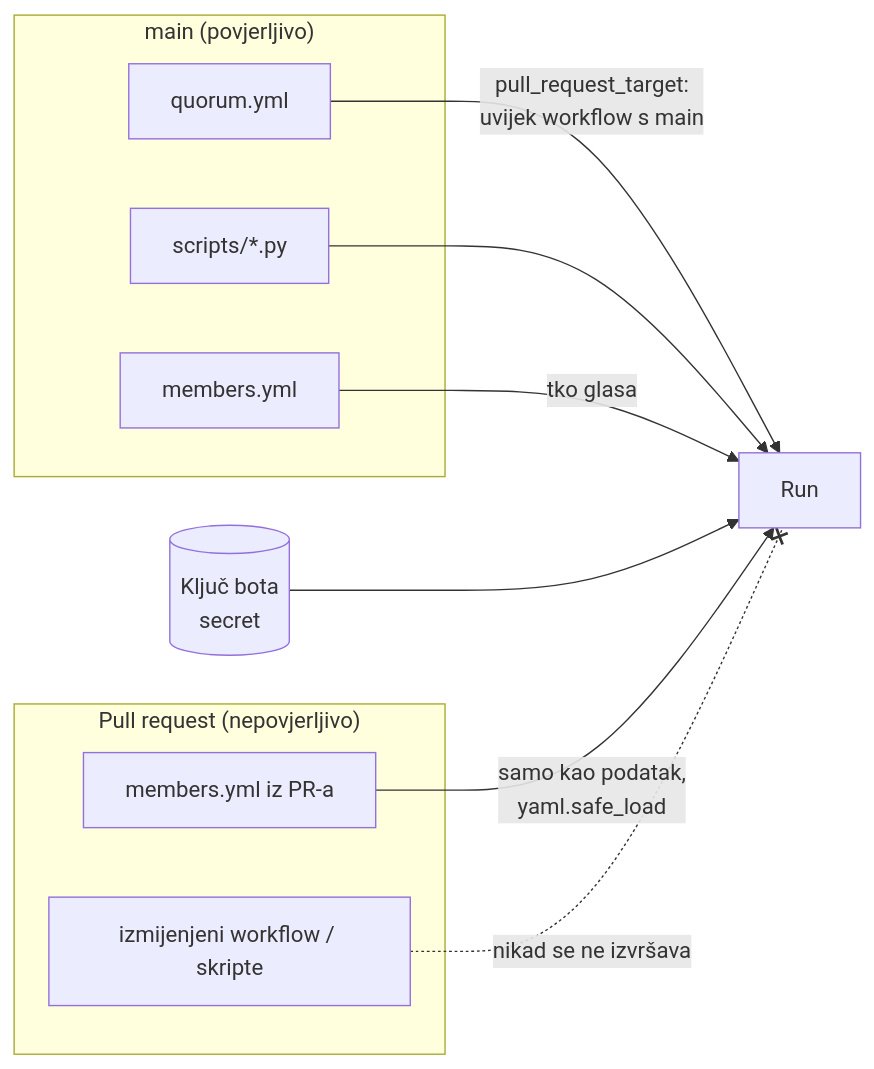
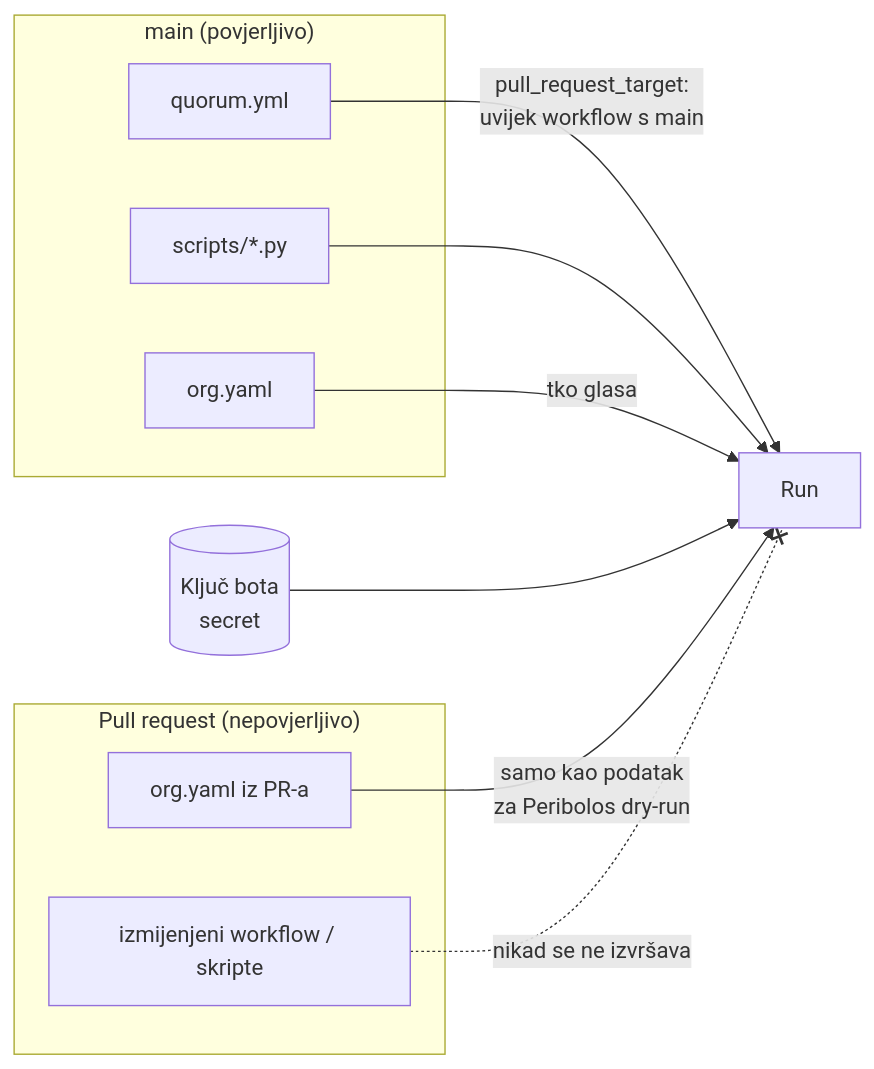
The eighth of 14 diagrams in docs/arhitektura.md (catholicit/governance), drawn with Mermaid before and after one commit. The commit also changed other lines of this file and 11 other files, not shown here.

````diff
--- a/docs/arhitektura.md
+++ b/docs/arhitektura.md
@@ -287,20 +326,20 @@
 ```mermaid
 flowchart LR
     subgraph pr["Pull request (nepovjerljivo)"]
-        PY["members.yml iz PR-a"]
+        PY["org.yaml iz PR-a"]
         PW["izmijenjeni workflow / skripte"]
     end
     subgraph main["main (povjerljivo)"]
         MW["quorum.yml"]
         MS["scripts/*.py"]
-        MY["members.yml"]
+        MY["org.yaml"]
     end
     KEY[("Ključ bota<br/>secret")]
 
     MW -- "pull_request_target:<br/>uvijek workflow s main" --> RUN["Run"]
     KEY --> RUN
     MS --> RUN
     MY -- "tko glasa" --> RUN
-    PY -- "samo kao podatak,<br/>yaml.safe_load" --> RUN
+    PY -- "samo kao podatak<br/>za Peribolos dry-run" --> RUN
     PW -. "nikad se ne izvršava" .-x RUN
 ```
````
